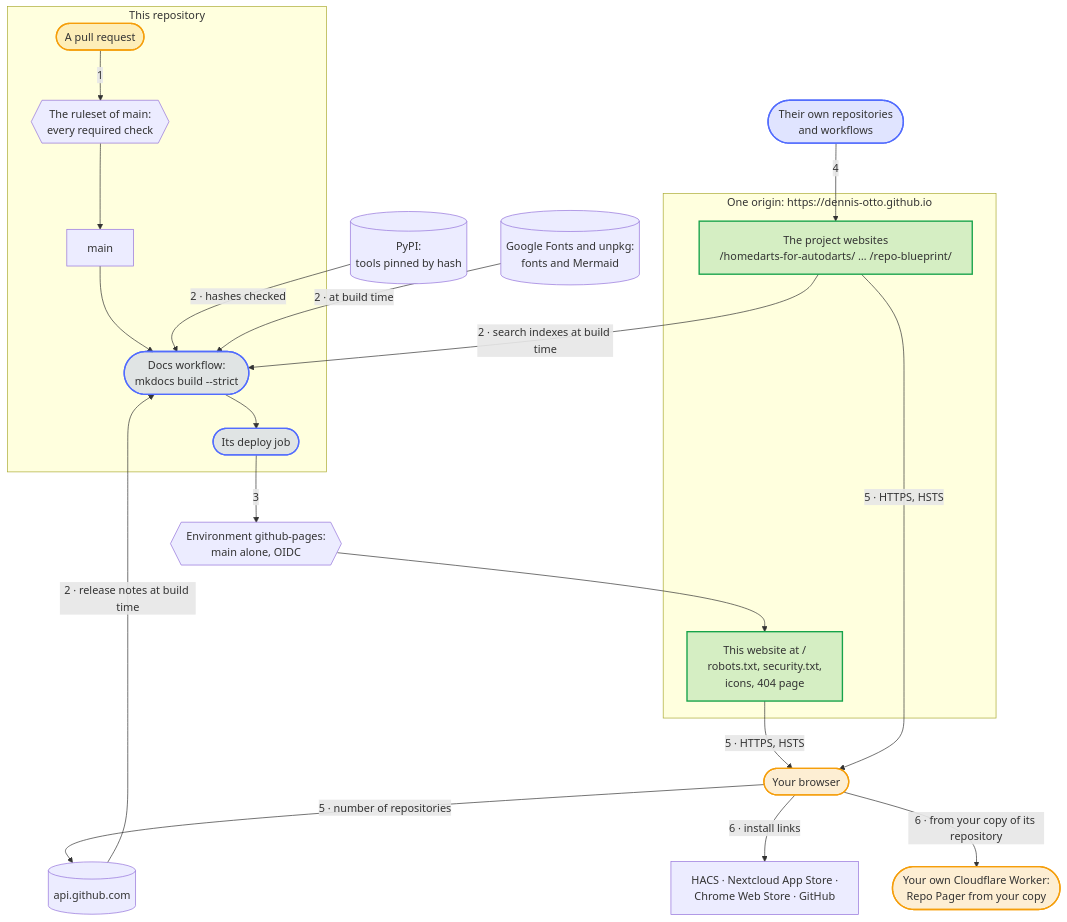
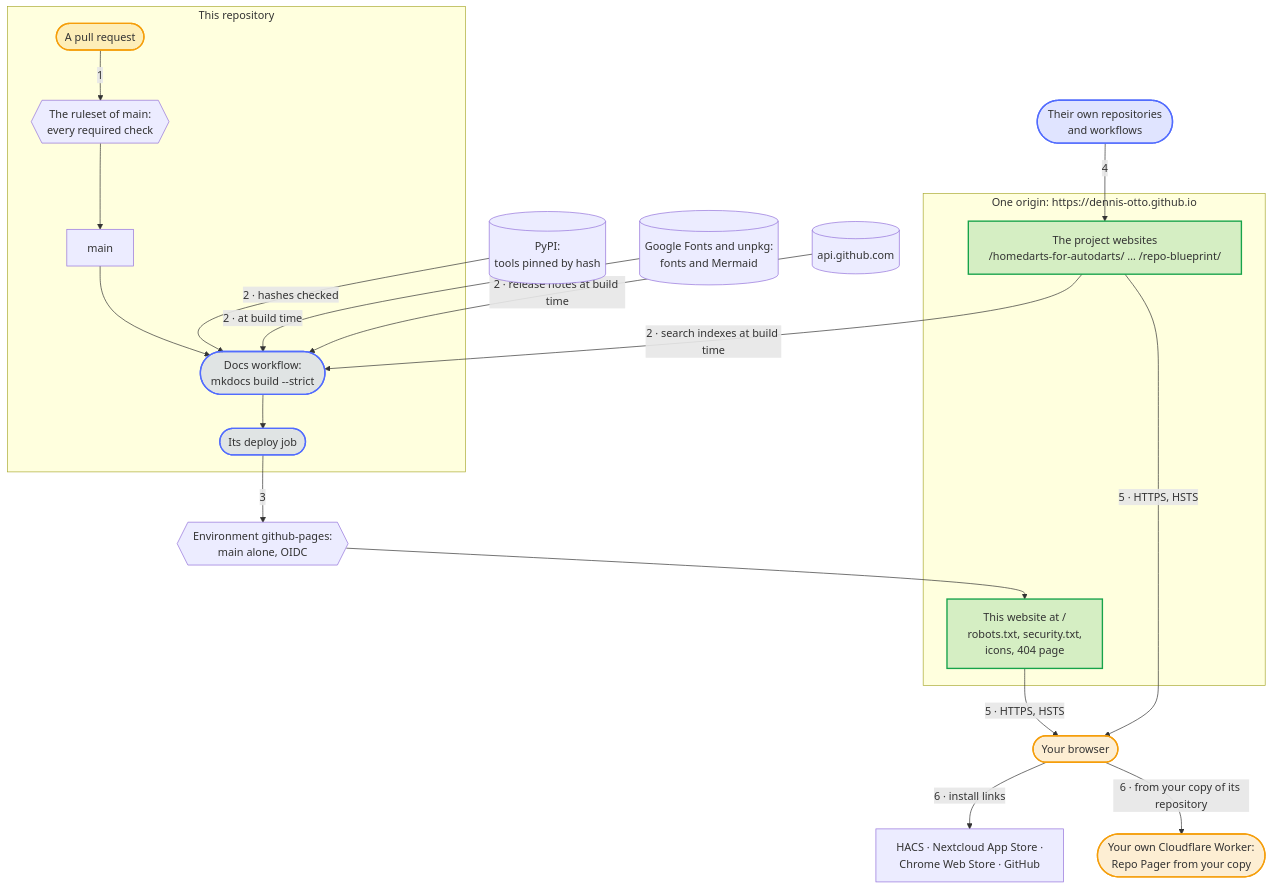
Before and after one commit to Dennis-Otto/dennis-otto.github.io: the diagram in docs/diagrams/the-trust-boundaries-of-the-website.mmd, drawn with Mermaid. The commit also changed 23 other files, not shown here.

First line of the commit message:
fix: the security page no longer says that the header asks api.github.com (#238)

```diff
--- a/docs/diagrams/the-trust-boundaries-of-the-website.mmd
+++ b/docs/diagrams/the-trust-boundaries-of-the-website.mmd
@@ -1,50 +1,49 @@
 ---
 config:
   flowchart:
     wrappingWidth: 400
 ---
 flowchart TB
     accTitle: The trust boundaries of the website
-    accDescr: Six boundaries. 1, a pull request reaches main only through the ruleset of main and every required check. 2, the Docs workflow builds the website from main with tools from PyPI that are pinned by their hashes, and downloads the fonts from Google Fonts, Mermaid from unpkg and the search indexes of the project websites while it builds, and reads the notes of the latest releases of every project from api.github.com, of which it keeps only text, lists, headings, tables, code, quotes and https links. 3, its deploy job alone publishes the website, in the environment github-pages, which accepts main alone, with a short-lived OIDC token. 4, GitHub Pages serves this website at the root of dennis-otto.github.io, on the same origin as the project websites, which their own repositories build and publish. 5, your browser gets the pages over HTTPS and asks api.github.com for the number of public repositories. 6, the install links lead to HACS, the Nextcloud App Store, the Chrome Web Store and GitHub, and each user deploys Repo Pager from a copy of its repository as a Cloudflare Worker of their own.
+    accDescr: Six boundaries. 1, a pull request reaches main only through the ruleset of main and every required check. 2, the Docs workflow builds the website from main with tools from PyPI that are pinned by their hashes, and downloads the fonts from Google Fonts, Mermaid from unpkg and the search indexes of the project websites while it builds, and reads the notes of the latest releases of every project from api.github.com, of which it keeps only text, lists, headings, tables, code, quotes and https links. 3, its deploy job alone publishes the website, in the environment github-pages, which accepts main alone, with a short-lived OIDC token. 4, GitHub Pages serves this website at the root of dennis-otto.github.io, on the same origin as the project websites, which their own repositories build and publish. 5, your browser gets the pages over HTTPS, and a current browser asks no other server. 6, the install links lead to HACS, the Nextcloud App Store, the Chrome Web Store and GitHub, and each user deploys Repo Pager from a copy of its repository as a Cloudflare Worker of their own.
 
     subgraph repo ["This repository"]
         pr(["A pull request"])
         checks{{"The ruleset of main:<br>every required check"}}
         main["main"]
         build(["Docs workflow:<br>mkdocs build --strict"])
         deploy(["Its deploy job"])
     end
 
     pypi[("PyPI:<br>tools pinned by hash")]
     downloads[("Google Fonts and unpkg:<br>fonts and Mermaid")]
     environment{{"Environment github-pages:<br>main alone, OIDC"}}
 
     subgraph origin ["One origin: https://dennis-otto.github.io"]
         root["This website at /<br>robots.txt, security.txt,<br>icons, 404 page"]
         projects["The project websites<br>/homedarts-for-autodarts/ … /repo-blueprint/"]
     end
 
     others(["Their own repositories<br>and workflows"])
     browser(["Your browser"])
     api[("api.github.com")]
     stores["HACS · Nextcloud App Store ·<br>Chrome Web Store · GitHub"]
     worker(["Your own Cloudflare Worker:<br>Repo Pager from your copy"])
 
     pr -- "1" --> checks --> main --> build
     pypi -- "2 · hashes checked" --> build
     downloads -- "2 · at build time" --> build
     projects -- "2 · search indexes at build time" --> build
     build --> deploy -- "3" --> environment --> root
     others -- "4" --> projects
     root & projects -- "5 · HTTPS, HSTS" --> browser
-    browser -- "5 · number of repositories" --> api
     api -- "2 · release notes at build time" --> build
     browser -- "6 · install links" --> stores
     browser -- "6 · from your copy of its repository" --> worker
 
     classDef bot fill:#526cfe2e,stroke:#526cfe,stroke-width:2px
     classDef person fill:#f59e0b2e,stroke:#f59e0b,stroke-width:2px
     classDef done fill:#16a34a2e,stroke:#16a34a,stroke-width:2px
     class build,deploy,others bot
     class pr,browser,worker person
     class root,projects done
```
